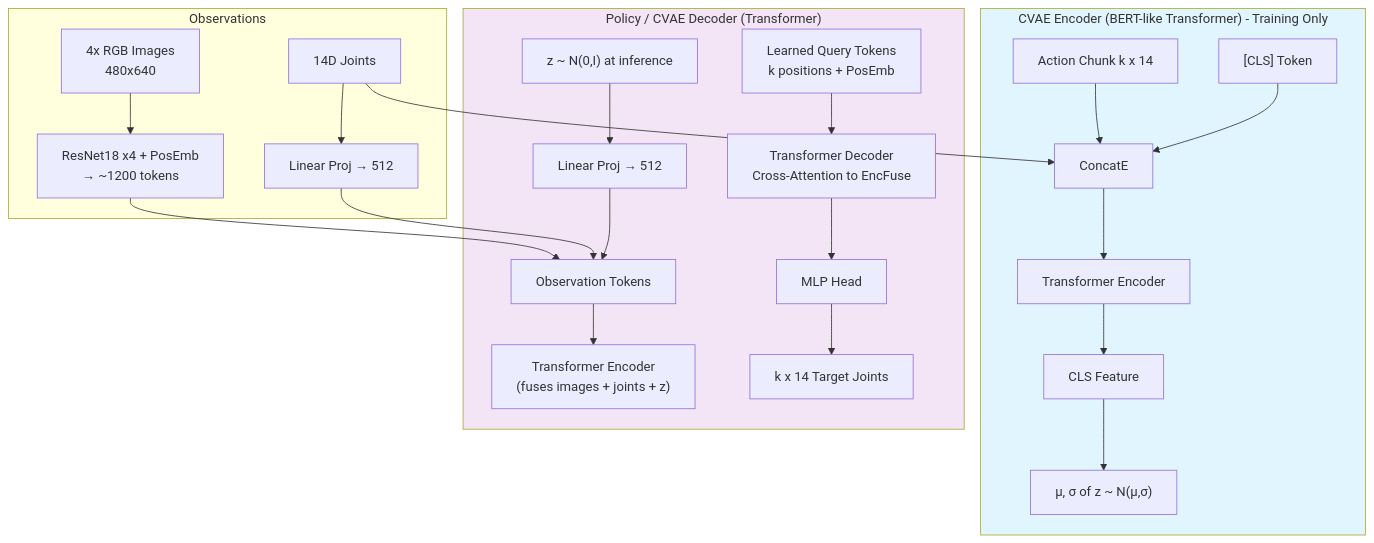
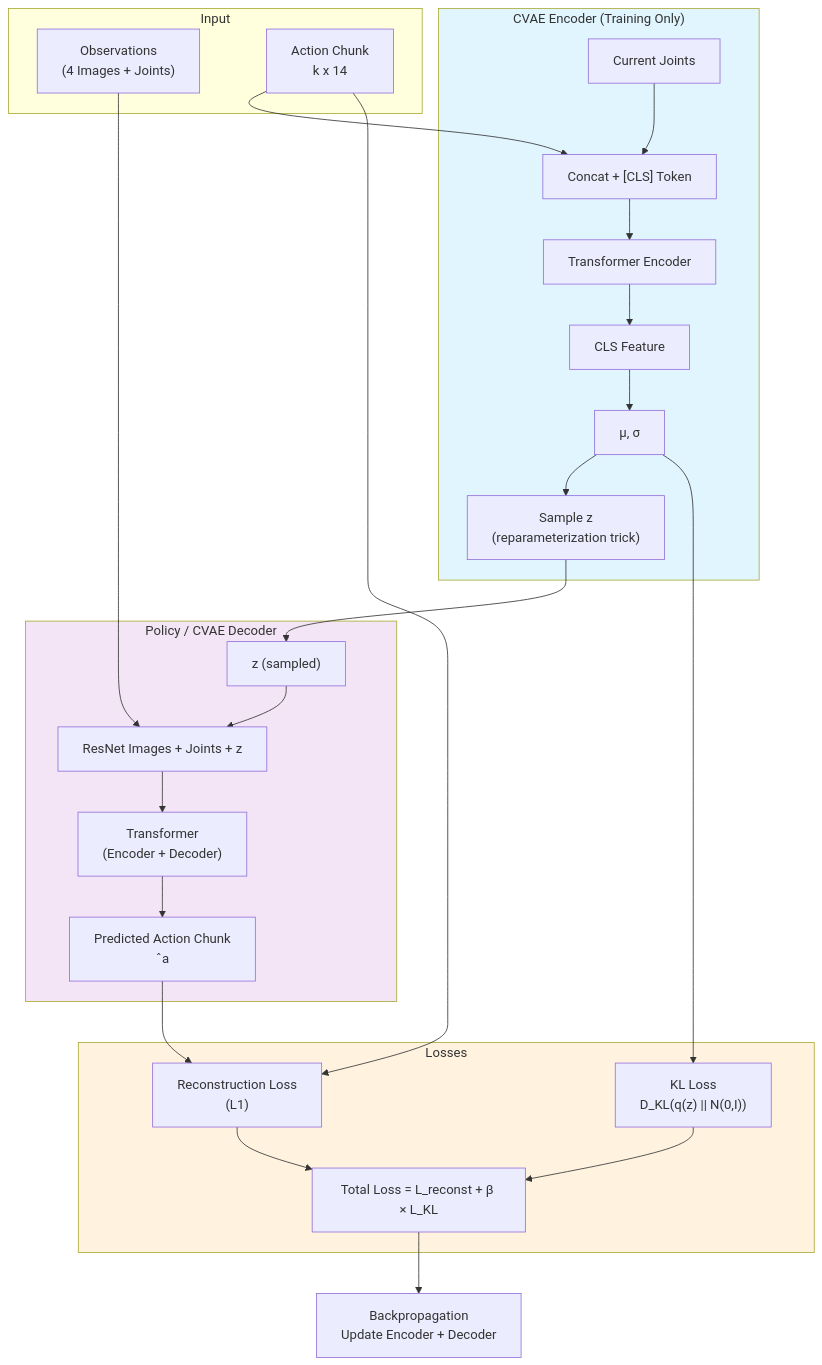
The first of 3 diagrams in docs/02-Learning Fine-Grained Bimanual Manipulation with Low-Cost Hardware/Learning Fine-Grained Bimanual Manipulation with Loss-Cost Hardware.md (Erickrus/lerobot), drawn with Mermaid before and after one commit. The commit also changed other lines of this file, not shown here.

Commit message:
Update Learning Fine-Grained Bimanual Manipulation with Loss-Cost Hardware.md

````diff
--- a/docs/02-Learning Fine-Grained Bimanual Manipulation with Low-Cost Hardware/Learning Fine-Grained Bimanual Manipulation with Loss-Cost Hardware.md
+++ b/docs/02-Learning Fine-Grained Bimanual Manipulation with Low-Cost Hardware/Learning Fine-Grained Bimanual Manipulation with Loss-Cost Hardware.md
@@ -19,31 +19,35 @@
 ```mermaid
 flowchart TD
-    subgraph Observations
-        O1["4x RGB Images\n480x640"] --> ResNet["ResNet18 x4 + PosEmb\n→ ~1200 tokens"]
-        O2["14D Joints"] --> ProjJ["Linear Proj → 512"]
+    subgraph Input
+        Obs["Observations\n(4 Images + Joints)"]
+        Action["Action Chunk\nk x 14"]
     end
 
-    subgraph CVAE_Encoder["CVAE Encoder (BERT-like Transformer) - Training Only"]
-        A["Action Chunk k x 14"] --> ConcatE
-        O2 --> ConcatE
-        CLS["[CLS] Token"] --> ConcatE
+    subgraph CVAE_Encoder["CVAE Encoder (Training Only)"]
+        Action & Joints["Current Joints"] --> ConcatE["Concat + [CLS] Token"]
         ConcatE --> EncTrans["Transformer Encoder"]
         EncTrans --> CLSFeat["CLS Feature"]
-        CLSFeat --> z_mu_var["μ, σ of z ~ N(μ,σ)"]
+        CLSFeat --> Params["μ, σ"]
+        Params --> Samplez["Sample z\n(reparameterization trick)"]
     end
 
-    subgraph Policy_Decoder["Policy / CVAE Decoder (Transformer)"]
-        z["z ~ N(0,I) at inference"] --> ProjZ["Linear Proj → 512"]
-        ResNet --> ObsTokens["Observation Tokens"]
-        ProjJ --> ObsTokens
-        ProjZ --> ObsTokens
-        ObsTokens --> EncFuse["Transformer Encoder\n(fuses images + joints + z)"]
-        
-        Query["Learned Query Tokens\nk positions + PosEmb"] --> DecTrans["Transformer Decoder\nCross-Attention to EncFuse"]
-        DecTrans --> MLP["MLP Head"]
-        MLP --> Actions["k x 14 Target Joints"]
+    subgraph Policy_Decoder["Policy / CVAE Decoder"]
+        Samplez --> z["z (sampled)"]
+        Obs --> DecoderInput["ResNet Images + Joints + z"]
+        z --> DecoderInput
+        DecoderInput --> DecoderTrans["Transformer\n(Encoder + Decoder)"]
+        DecoderTrans --> Pred["Predicted Action Chunk\nˆa"]
     end
+
+    subgraph Losses
+        Pred & Action --> Recon["Reconstruction Loss\n(L1)"]
+        Params --> KL["KL Loss\nD_KL(q(z) || N(0,I))"]
+        Recon & KL --> Total["Total Loss = L_reconst + β × L_KL"]
+    end
+
+    Total --> Update["Backpropagation\nUpdate Encoder + Decoder"]
 
     style CVAE_Encoder fill:#e1f5fe
     style Policy_Decoder fill:#f3e5f5
+    style Losses fill:#fff3e0
 ```
````
